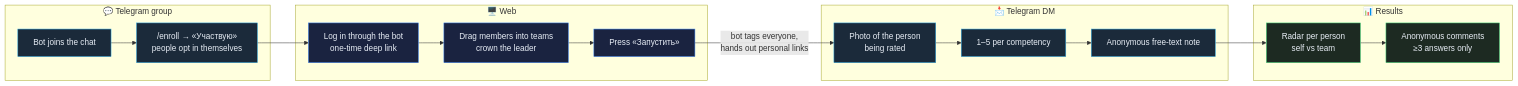
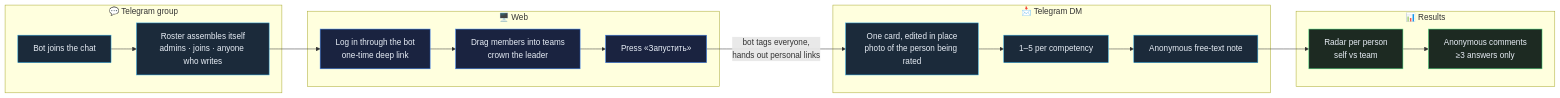
One commit to simeonkolchin/review-360 changed the first of 5 diagrams in README.md. Above: the diagram before and after it, drawn with Mermaid. The commit also changed other lines of this file and 24 other files, not shown here.

````diff
--- a/README.md
+++ b/README.md
@@ -65,31 +65,31 @@
 ```mermaid
 flowchart LR
     subgraph TG["💬 Telegram group"]
-        A["Bot joins the chat"] --> B["/enroll → «Участвую»<br/>people opt in themselves"]
+        A["Bot joins the chat"] --> B["Roster assembles itself<br/>admins · joins · anyone who writes"]
     end
 
     subgraph WEB["🖥️ Web"]
         C["Log in through the bot<br/>one-time deep link"] --> D["Drag members into teams<br/>crown the leader"]
         D --> E["Press «Запустить»"]
     end
 
     subgraph DM["📩 Telegram DM"]
-        F["Photo of the person<br/>being rated"] --> G["1–5 per competency"]
+        F["One card, edited in place<br/>photo of the person being rated"] --> G["1–5 per competency"]
         G --> H["Anonymous free-text note"]
     end
 
     subgraph RES["📊 Results"]
         I["Radar per person<br/>self vs team"] --> J["Anonymous comments<br/>≥3 answers only"]
     end
 
     B --> C
     E -- "bot tags everyone,<br/>hands out personal links" --> F
     H --> I
 
     classDef tg fill:#1b2a3a,stroke:#2CA5E0,color:#e8eef6
     classDef web fill:#1a2340,stroke:#3b82f6,color:#e8eef6
     classDef res fill:#1d2a22,stroke:#4ade80,color:#e8eef6
     class A,B,F,G,H tg
     class C,D,E web
     class I,J res
 ```
````
